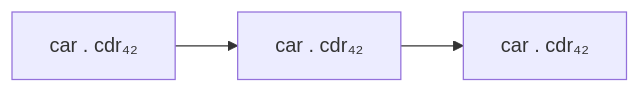
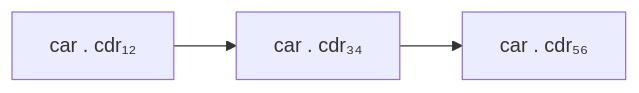
Before and after one commit to raviqqe/doc: the diagram in slides/papers/stak-scheme/code-graph-in-depth.mmd, drawn with Mermaid.

```diff
--- a/slides/papers/stak-scheme/code-graph-in-depth.mmd
+++ b/slides/papers/stak-scheme/code-graph-in-depth.mmd
@@ -1,2 +1,2 @@
 flowchart LR
-  c0["car . cdr₄₂"] --> c1["car . cdr₄₂"] --> c2["car . cdr₄₂"]
+  c0["car . cdr₁₂"] --> c1["car . cdr₃₄"] --> c2["car . cdr₅₆"]
```
